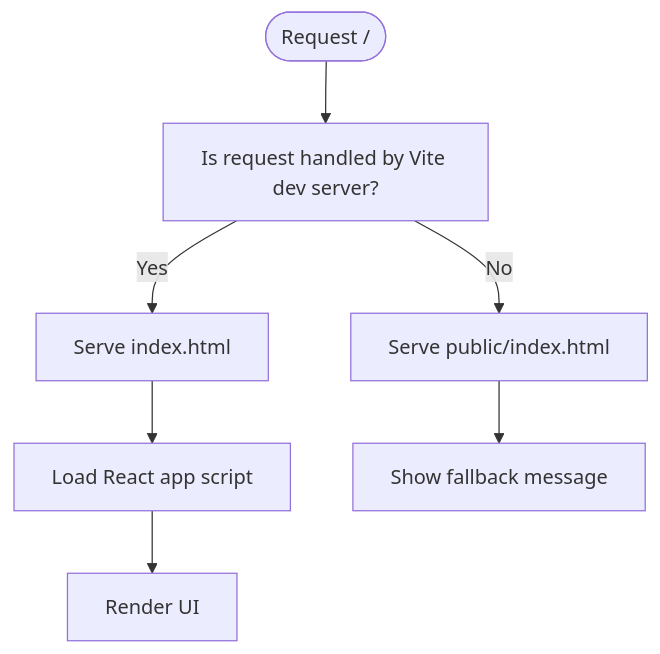
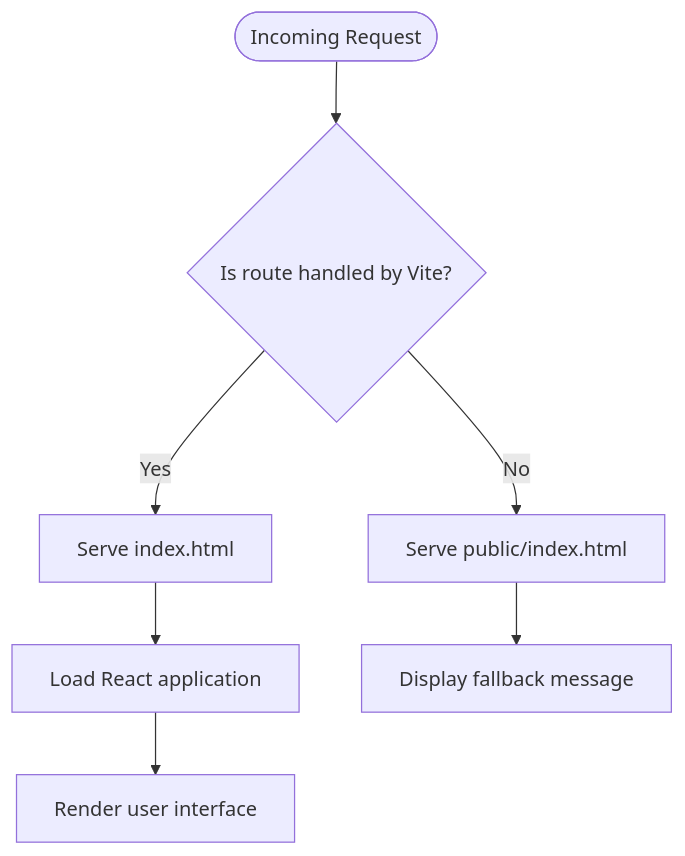
One commit to rakeshmaity271/frankie-picasso changed the fourth of 5 diagrams in .qoder/repowiki/en/content/Server Components.md. Above: the diagram before and after it, drawn with Mermaid. The commit also changed other lines of this file and 28 other files, not shown here.

````diff
--- a/.qoder/repowiki/en/content/Server Components.md
+++ b/.qoder/repowiki/en/content/Server Components.md
@@ -142,9 +173,9 @@
 ```mermaid
 flowchart TD
-Start(["Request /"]) --> CheckDev["Is request handled by Vite dev server?"]
-CheckDev --> |Yes| ServeIndex["Serve index.html"]
-CheckDev --> |No| Fallback["Serve public/index.html"]
-ServeIndex --> LoadReact["Load React app script"]
-LoadReact --> RenderUI["Render UI"]
-Fallback --> ShowMessage["Show fallback message"]
+Start(["Incoming Request"]) --> CheckRoute{"Is route handled by Vite?"}
+CheckRoute --> |Yes| ServeRoot["Serve index.html"]
+CheckRoute --> |No| ServeFallback["Serve public/index.html"]
+ServeRoot --> LoadReact["Load React application"]
+LoadReact --> RenderUI["Render user interface"]
+ServeFallback --> ShowMessage["Display fallback message"]
 ```
````
